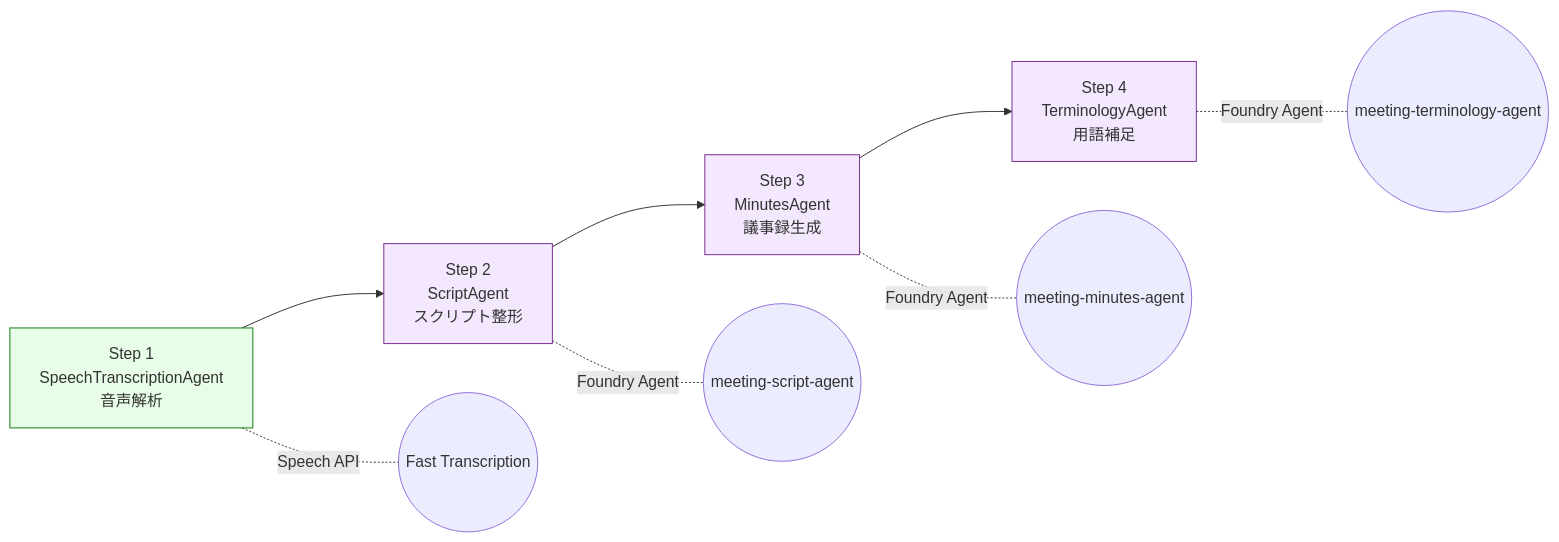
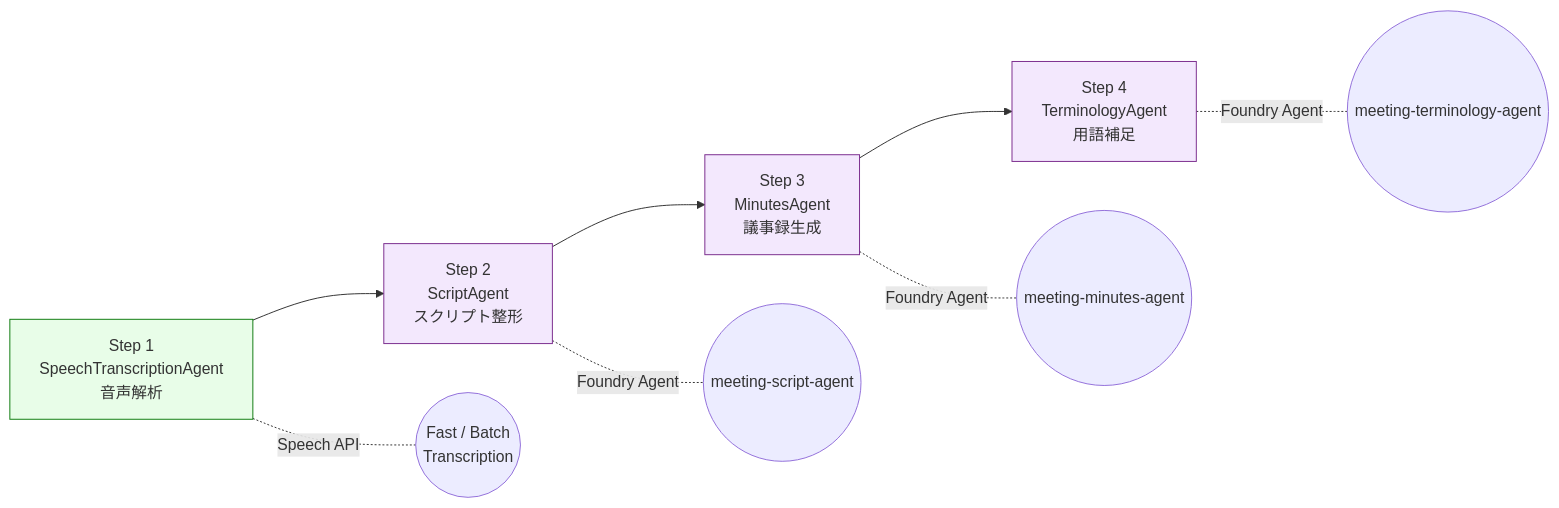
One commit to 0ht/meeting-minutes-agent changed the second of 6 diagrams in docs/architecture.md. Above: the diagram before and after it, drawn with Mermaid. The commit also changed other lines of this file and 41 other files, not shown here.

````diff
--- a/docs/architecture.md
+++ b/docs/architecture.md
@@ -131,16 +145,16 @@
 ```mermaid
 graph LR
     A["Step 1<br/>SpeechTranscriptionAgent<br/>音声解析"] --> B["Step 2<br/>ScriptAgent<br/>スクリプト整形"]
     B --> C["Step 3<br/>MinutesAgent<br/>議事録生成"]
     C --> D["Step 4<br/>TerminologyAgent<br/>用語補足"]
 
-    A -.-|"Speech API"| SA((Fast Transcription))
+    A -.-|"Speech API"| SA((Fast / Batch<br/>Transcription))
     B -.-|"Foundry Agent"| FA1((meeting-script-agent))
     C -.-|"Foundry Agent"| FA2((meeting-minutes-agent))
     D -.-|"Foundry Agent"| FA3((meeting-terminology-agent))
 
     style A fill:#e8fde8,stroke:#107c10
     style B fill:#f3e8fd,stroke:#7b2d8e
     style C fill:#f3e8fd,stroke:#7b2d8e
     style D fill:#f3e8fd,stroke:#7b2d8e
 ```
````
